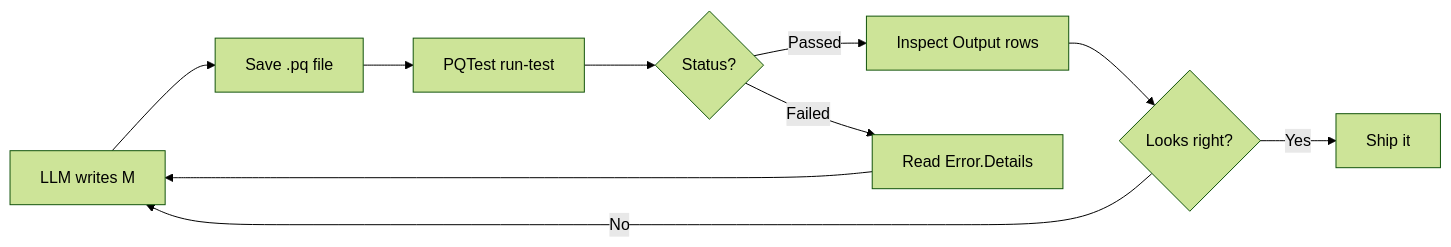
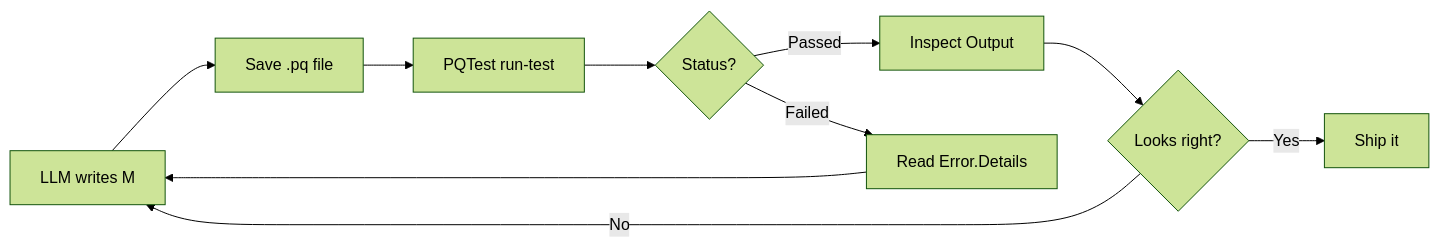
The diagram in docs/posts/2026/iterating-on-power-query-with-an-llm.md (DAXNoobJustin/daxnoob.blog), drawn with Mermaid (forest theme) before and after one commit. The commit also changed other lines of this file, not shown here.

````diff
--- a/docs/posts/2026/iterating-on-power-query-with-an-llm.md
+++ b/docs/posts/2026/iterating-on-power-query-with-an-llm.md
@@ -209,12 +165,12 @@
 ```mermaid
 flowchart LR
     A[LLM writes M] --> B[Save .pq file]
     B --> C[PQTest run-test]
     C --> D{Status?}
-    D -- Passed --> E[Inspect Output rows]
+    D -- Passed --> E[Inspect Output]
     D -- Failed --> F[Read Error.Details]
     F --> A
     E --> G{Looks right?}
     G -- No --> A
     G -- Yes --> H[Ship it]
 ```
````
